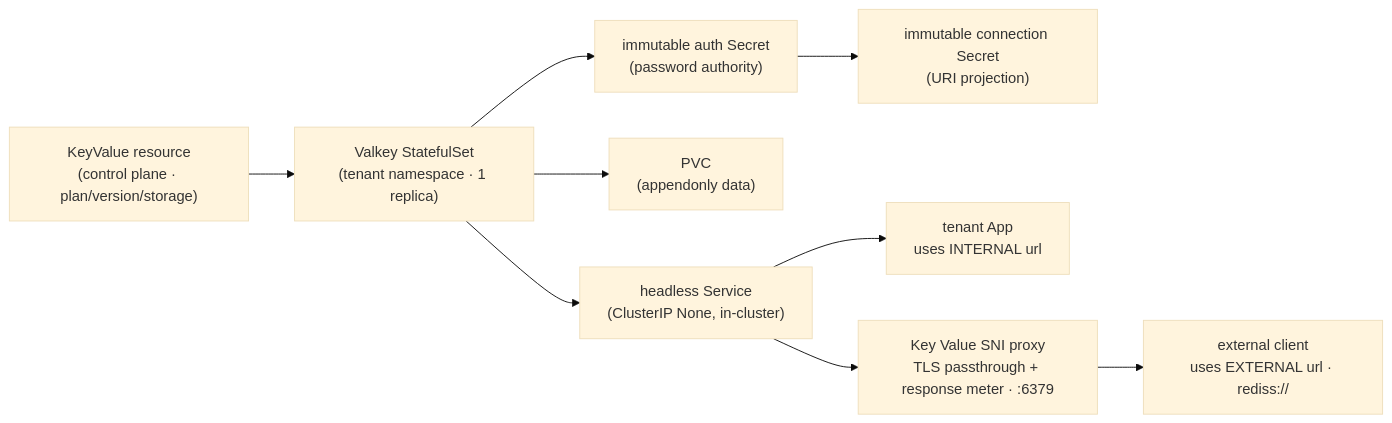
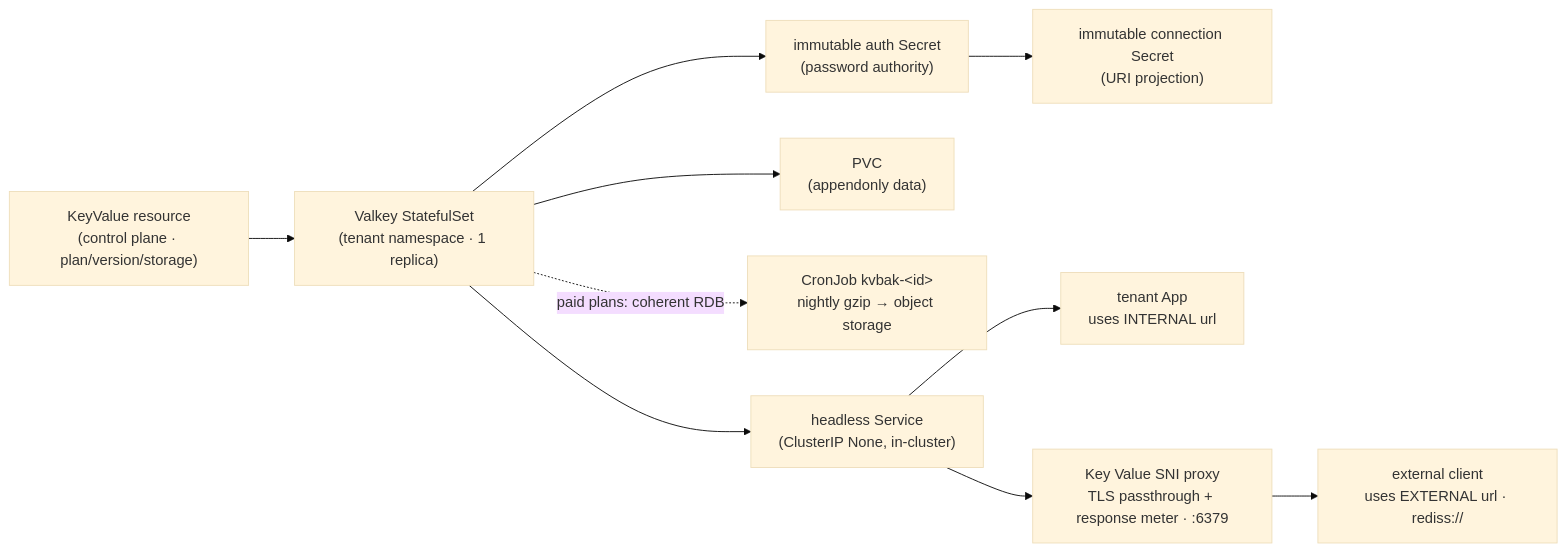
One commit to cuckoo-network/cuckoo changed the diagram in docs/ADR021-keyvalue-management.md. Above: the diagram before and after it, drawn with Mermaid (base theme). The commit also changed other lines of this file and 12 other files, not shown here.

````diff
--- a/docs/ADR021-keyvalue-management.md
+++ b/docs/ADR021-keyvalue-management.md
@@ -15,11 +15,12 @@
 ```mermaid
 flowchart LR
   kv["KeyValue resource<br/>(control plane · plan/version/storage)"] --> sts["Valkey StatefulSet<br/>(tenant namespace · 1 replica)"]
   sts --> svc["headless Service<br/>(ClusterIP None, in-cluster)"]
   sts --> pvc["PVC<br/>(appendonly data)"]
+  sts -. "paid plans: coherent RDB" .-> backup["CronJob kvbak-&lt;id&gt;<br/>nightly gzip → object storage"]
   sts --> auth["immutable auth Secret<br/>(password authority)"]
   auth --> sec["immutable connection Secret<br/>(URI projection)"]
   svc --> appx["tenant App<br/>uses INTERNAL url"]
   svc --> tcp["Key Value SNI proxy<br/>TLS passthrough + response meter · :6379"]
   tcp --> ext["external client<br/>uses EXTERNAL url · rediss://"]
 ```
````
